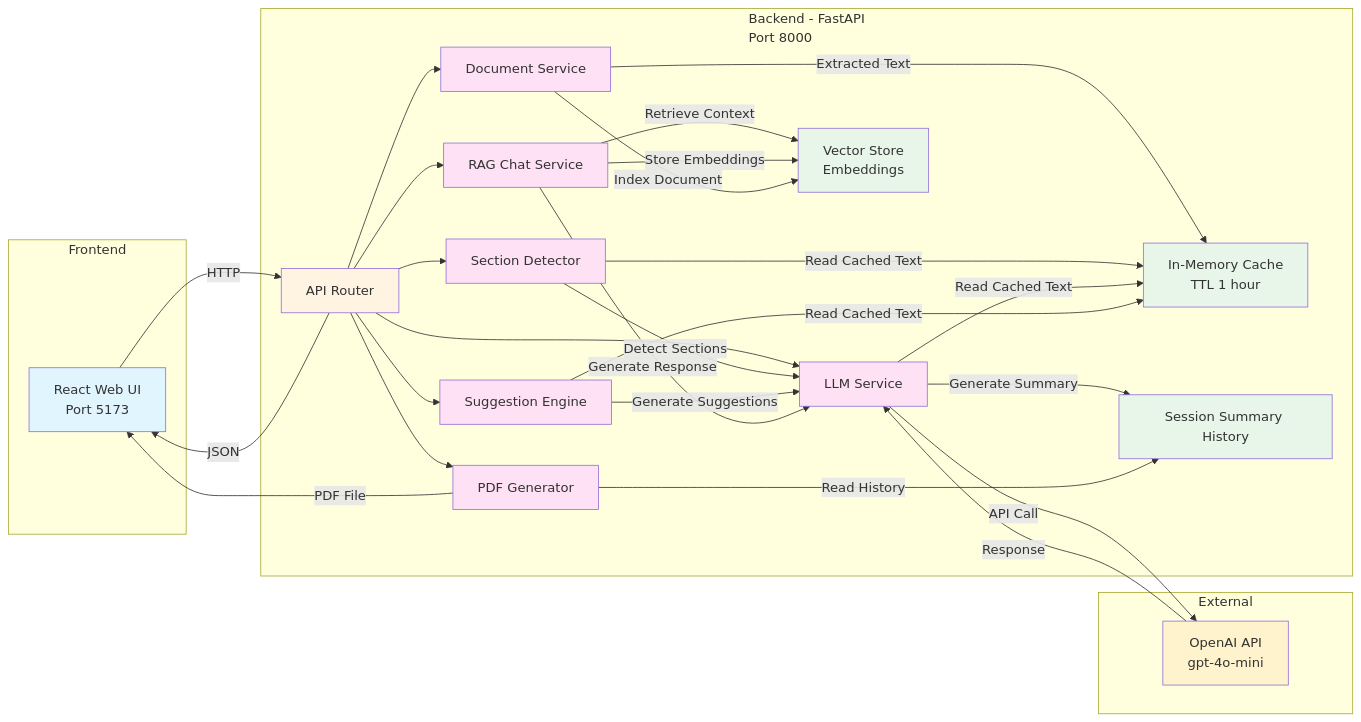
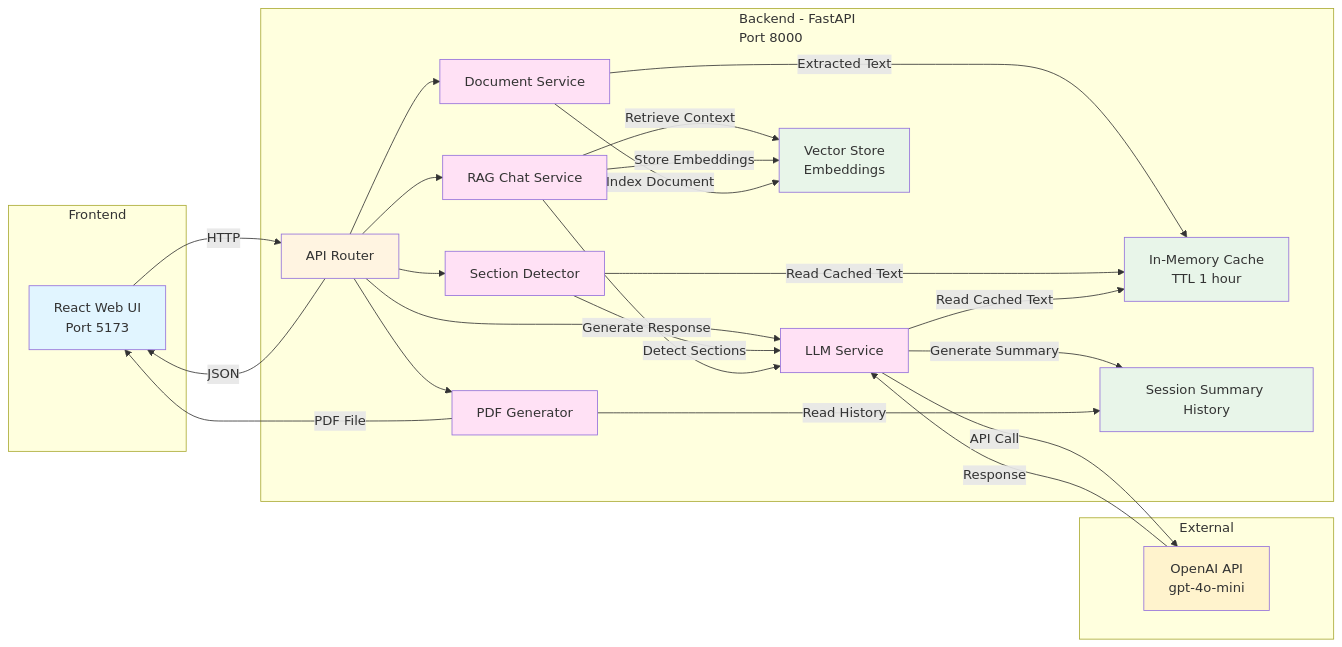
The diagram in README.md (cld2labs/FinSights), drawn with Mermaid before and after one commit. The commit also changed other lines of this file, not shown here.

````diff
--- a/README.md
+++ b/README.md
@@ -48,72 +47,67 @@
 ```mermaid
 graph LR
 
   %% ====== FRONTEND ======
   subgraph FE[Frontend]
     A[React Web UI<br/>Port 5173]
   end
 
   %% ====== BACKEND ======
   subgraph BE[Backend - FastAPI<br/>Port 8000]
     B[API Router]
     E[Document Service]
     S[Section Detector]
     D[LLM Service]
     K[PDF Generator]
-    SUG[Suggestion Engine]
     CHAT[RAG Chat Service]
     VEC[Vector Store<br/>Embeddings]
     G[In-Memory Cache<br/>TTL 1 hour]
     H[Session Summary History]
   end
 
   %% ====== EXTERNAL ======
   subgraph EXT[External]
     F[OpenAI API<br/>gpt-4o-mini]
   end
 
   %% ====== CONNECTIONS (ARCHITECTURE) ======
   A -->|HTTP| B
 
   B --> E
   B --> S
   B --> D
   B --> K
-  B --> SUG
   B --> CHAT
 
   E -->|Extracted Text| G
   S -->|Read Cached Text| G
   S -->|Detect Sections| D
   D -->|Read Cached Text| G
   D -->|Generate Summary| H
   K -->|Read History| H
-  SUG -->|Read Cached Text| G
-  SUG -->|Generate Suggestions| D
   
   CHAT -->|Retrieve Context| VEC
   CHAT -->|Generate Response| D
   CHAT -->|Store Embeddings| VEC
   E -->|Index Document| VEC
 
   D -->|API Call| F
   F -->|Response| D
 
   B -->|JSON| A
   K -->|PDF File| A
 
   %% ====== STYLES ======
   style A fill:#e1f5ff
   style B fill:#fff4e1
   style S fill:#ffe1f5
   style D fill:#ffe1f5
   style E fill:#ffe1f5
   style K fill:#ffe1f5
-  style SUG fill:#ffe1f5
   style CHAT fill:#ffe1f5
   style F fill:#fff3cd
   style G fill:#e8f5e9
   style H fill:#e8f5e9
   style VEC fill:#e8f5e9
 
 ```
````
